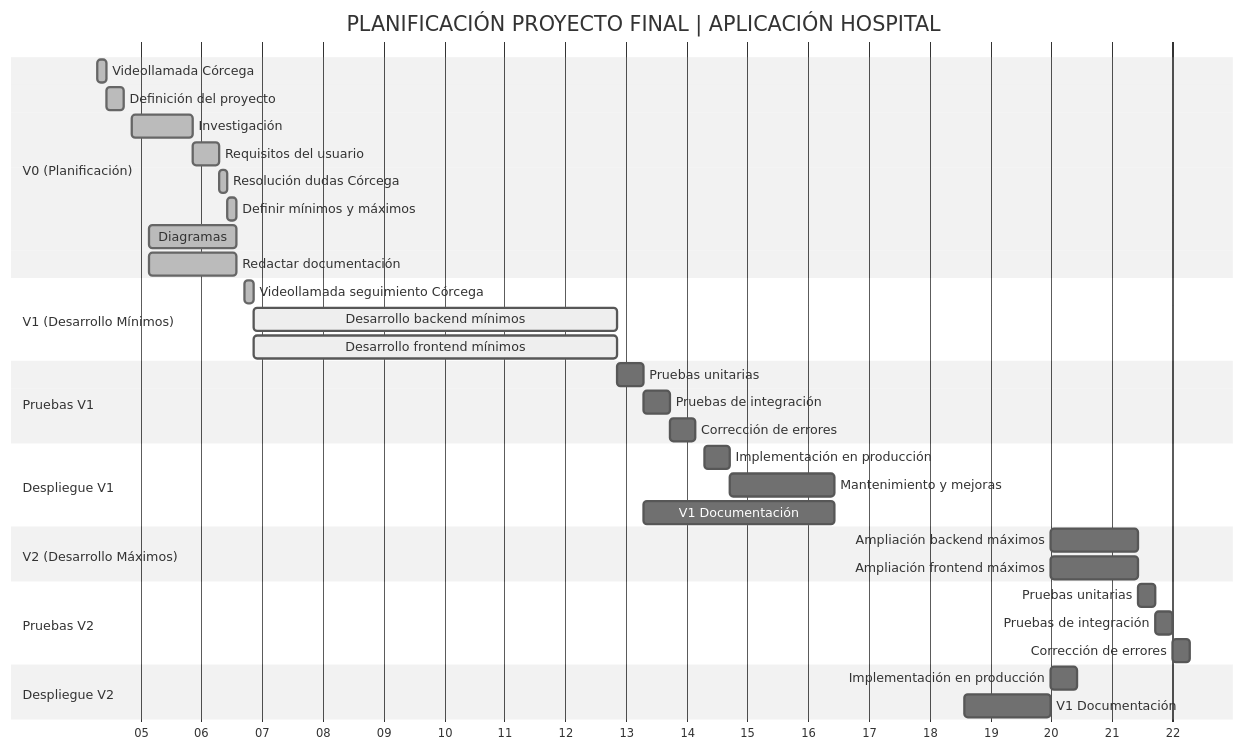
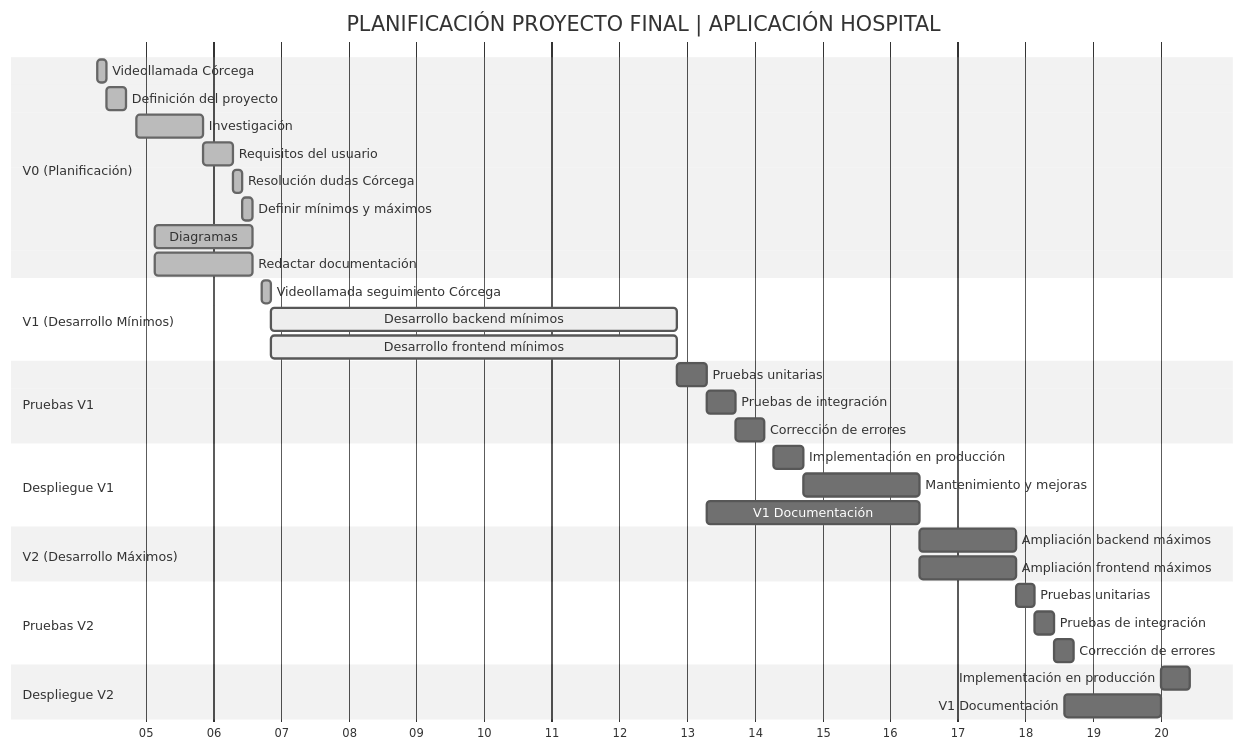
One commit to Cri4tura/Hospital-Front-end changed the first of 2 diagrams in README.md. Above: the diagram before and after it, drawn with Mermaid (neutral theme).

````diff
--- a/README.md
+++ b/README.md
@@ -39,44 +39,44 @@
 ```mermaid
 gantt
     title PLANIFICACIÓN PROYECTO FINAL | APLICACIÓN HOSPITAL
     dateFormat  YYYY-MM-DD
     axisFormat %W
 
     section V0 (Planificación)
     Videollamada Córcega          :done, v0a, 2025-02-04, 1d
     Definición del proyecto       :done, v0b, 2025-02-05, 2d
     Investigación                 :done, v0c, 2025-02-08, 7d
     Requisitos del usuario        :done, v0d, 2025-02-15, 3d
     Resolución dudas Córcega      :done, v0e, 2025-02-18, 1d
     Definir mínimos y máximos     :done, v0f, 2025-02-19, 1d
     Diagramas                     :done, v0g, 2025-02-10, 10d
     Redactar documentación        :done, v0h, 2025-02-10, 10d
 
     section V1 (Desarrollo Mínimos)
     Videollamada seguimiento Córcega    :done,  v1a, 2025-02-21, 1d
     Desarrollo backend mínimos          :active, v1b, after v1a, 2025-04-05
     Desarrollo frontend mínimos         :active, v1c, after v1a, 2025-04-05
 
     section Pruebas V1
     Pruebas unitarias                   : des1, after v1c, 3d
     Pruebas de integración              : 3d
     Corrección de errores               : 3d
 
     section Despliegue V1
     Implementación en producción        : des4, 2025-04-15, 3d
     Mantenimiento y mejoras             : des5, 2025-04-18, 2025-04-30
     V1 Documentación                    : des6, after des1, 2025-04-30
 
     section V2 (Desarrollo Máximos)
-    Ampliación backend máximos          : v2a, after des6, 10d
-    Ampliación frontend máximos         : v2b, after des6, 10d
+    Ampliación backend máximos          : v2a, 2025-04-30, 10d
+    Ampliación frontend máximos         : v2b, 2025-04-30, 10d
 
     section Pruebas V2
     Pruebas unitarias                   : des7, after v2b, 2d
     Pruebas de integración              : des8, after des7, 2d
     Corrección de errores               : des9, after des8, 2d
 
     section Despliegue V2
     Implementación en producción        : des10, 2025-05-25, 3d
     V1 Documentación                    : des6, 2025-05-15, 2025-05-25
 ```
````
